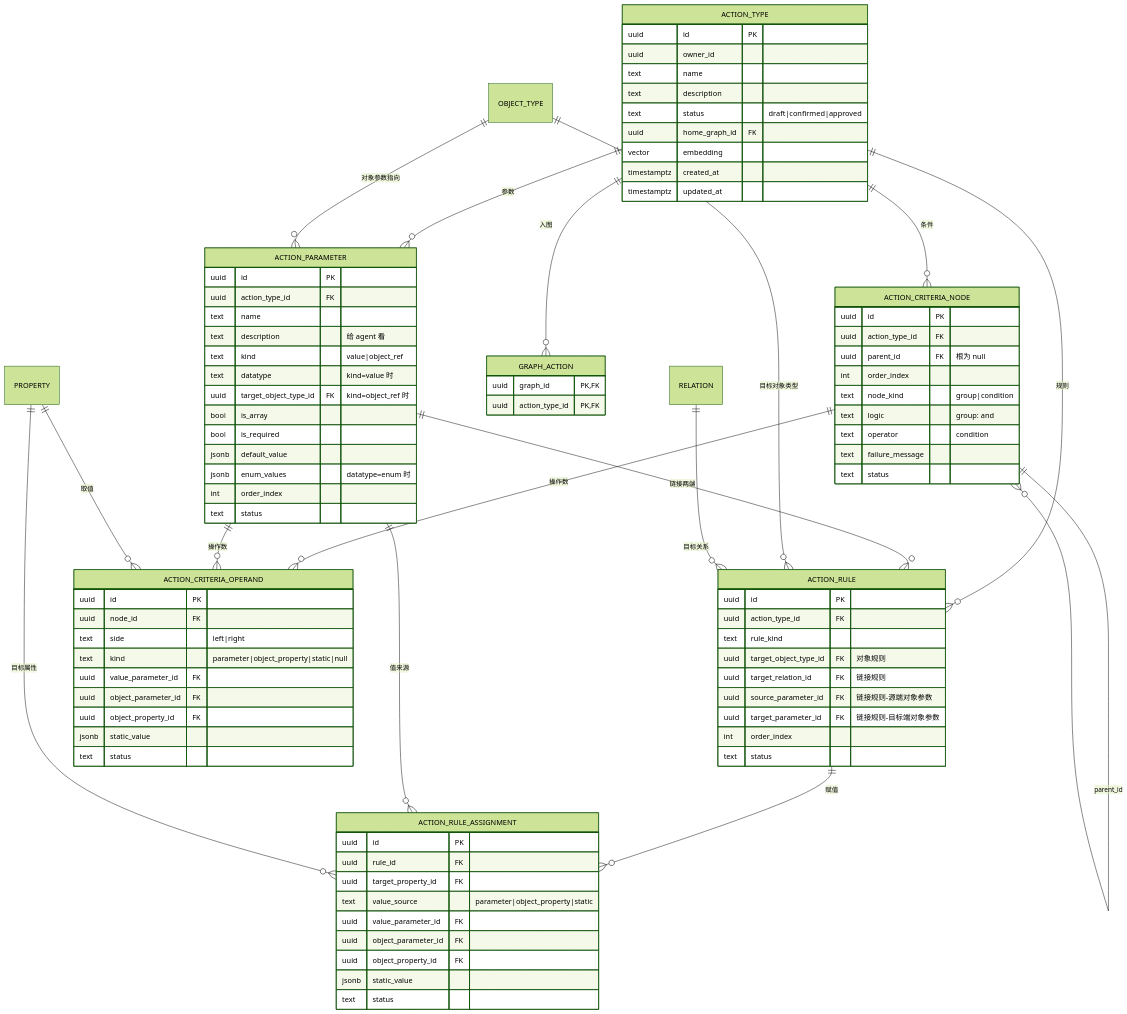
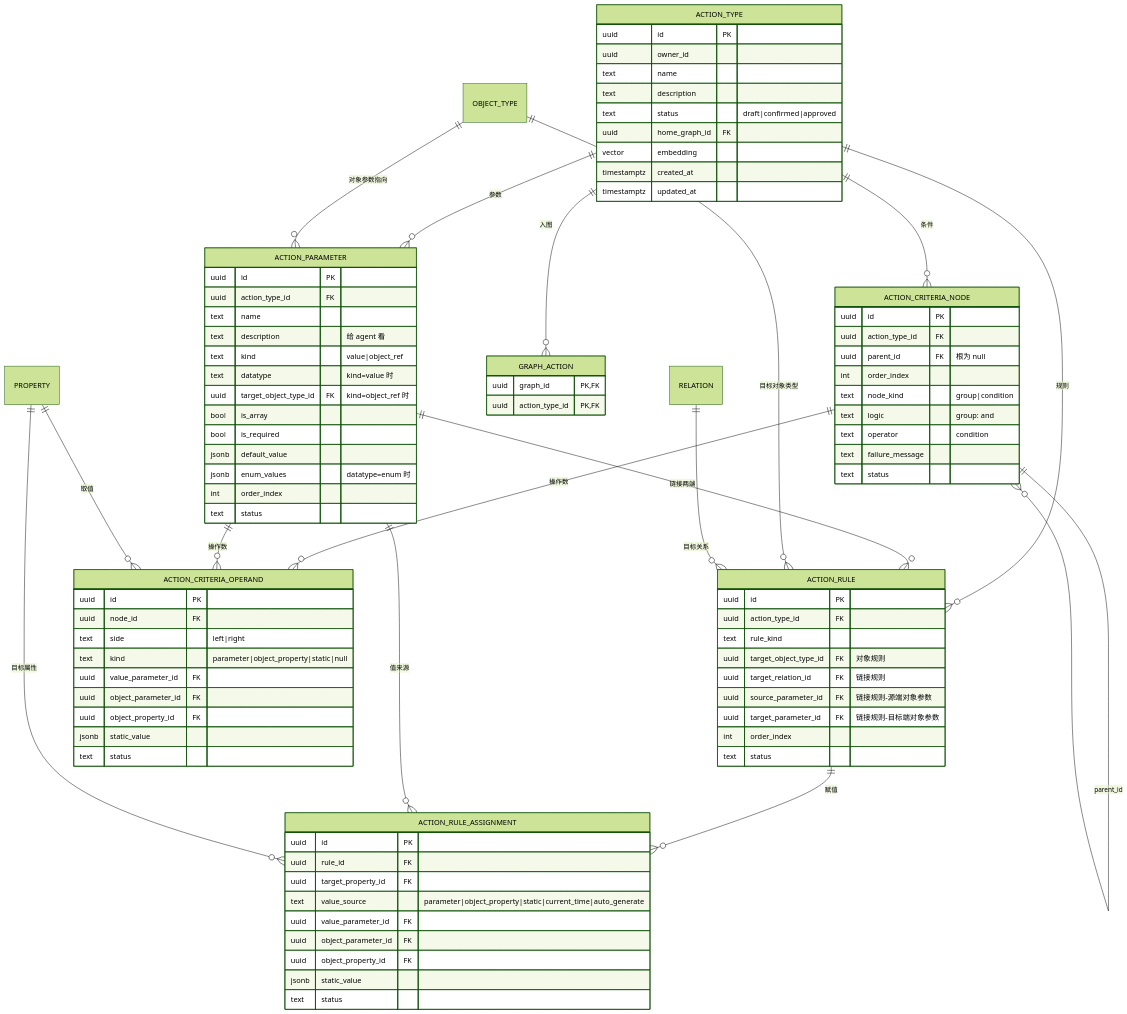
One commit to benkunHUA/OntoWeave changed the diagram in docs/superpowers/specs/2026-10-16-action-layer-design.md. Above: the diagram before and after it, drawn with Mermaid (forest theme). The commit also changed other lines of this file and 101 other files, not shown here.

First line of the commit message:
feat: add dynamic action values and query evidence graphs

```diff
--- a/docs/superpowers/specs/2026-10-16-action-layer-design.md
+++ b/docs/superpowers/specs/2026-10-16-action-layer-design.md
@@ -131,7 +135,7 @@
         uuid id PK
         uuid rule_id FK
         uuid target_property_id FK
-        text value_source "parameter|object_property|static"
+        text value_source "parameter|object_property|static|current_time|auto_generate"
         uuid value_parameter_id FK
         uuid object_parameter_id FK
         uuid object_property_id FK
```
